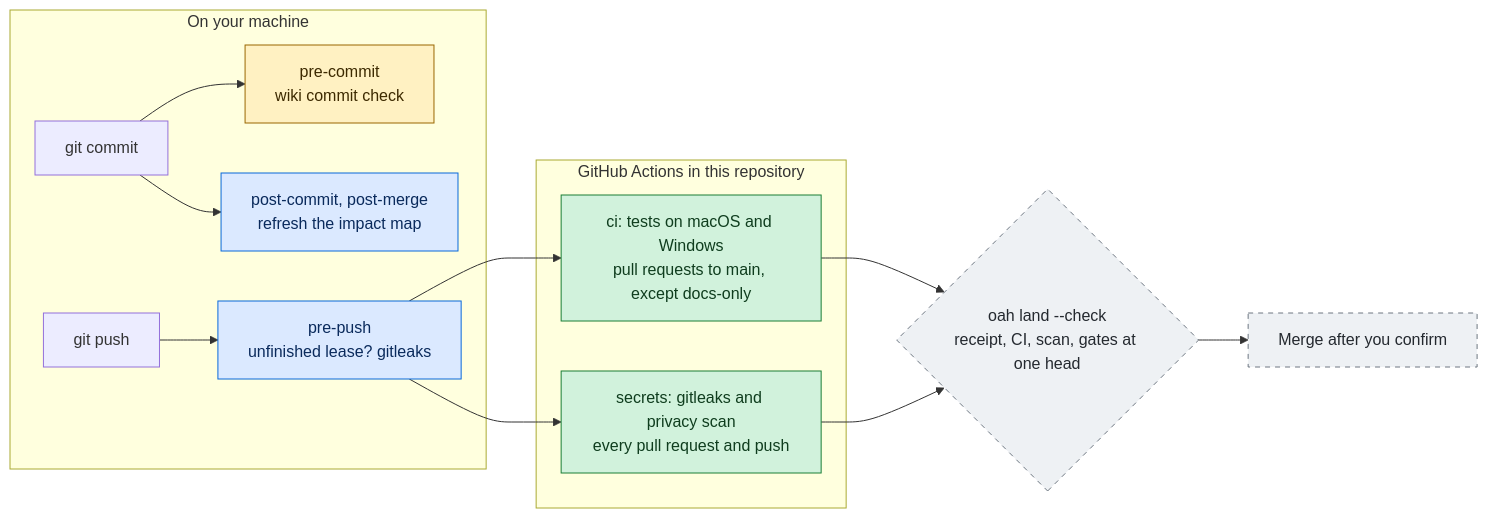
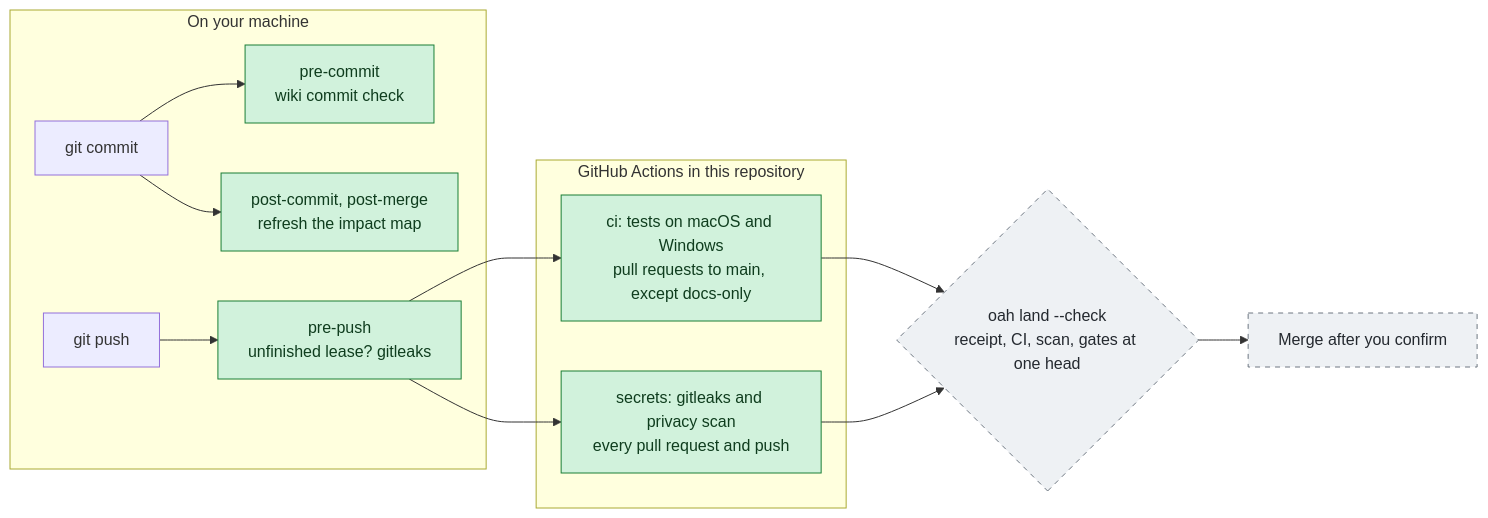
One commit to KenSuh/open-agent-harness changed the seventh of 8 diagrams in README.md. Above: the diagram before and after it, drawn with Mermaid. The commit also changed other lines of this file and 2 other files, not shown here.

````diff
--- a/README.md
+++ b/README.md
@@ -452,36 +458,32 @@
 ```mermaid
 flowchart LR
     subgraph local["On your machine"]
         gcommit["git commit"]
         pc["pre-commit<br/>wiki commit check"]
         post["post-commit, post-merge<br/>refresh the impact map"]
         gpush["git push"]
         pp["pre-push<br/>unfinished lease? gitleaks"]
     end
 
     subgraph actions["GitHub Actions in this repository"]
         tests["ci: tests on macOS and Windows<br/>pull requests to main, except docs-only"]
         secrets["secrets: gitleaks and privacy scan<br/>every pull request and push"]
     end
 
     land{"oah land --check<br/>receipt, CI, scan, gates at one head"}
     landed["Merge after you confirm"]
 
     gcommit --> pc
     gcommit --> post
     gpush --> pp
     pp --> tests
     pp --> secrets
     tests --> land
     secrets --> land
     land --> landed
 
     classDef avail fill:#d1f2dc,stroke:#1a7f37,color:#0f3d1e
-    classDef review fill:#dbe9ff,stroke:#0969da,color:#0a2a5c
-    classDef progress fill:#fff1c2,stroke:#9a6700,color:#3d2a00
     classDef planned fill:#eef1f4,stroke:#6e7781,color:#24292f,stroke-dasharray: 5 5
-    class tests,secrets avail
-    class post,pp review
-    class pc progress
+    class tests,secrets,post,pp,pc avail
     class land,landed planned
 ```
````
